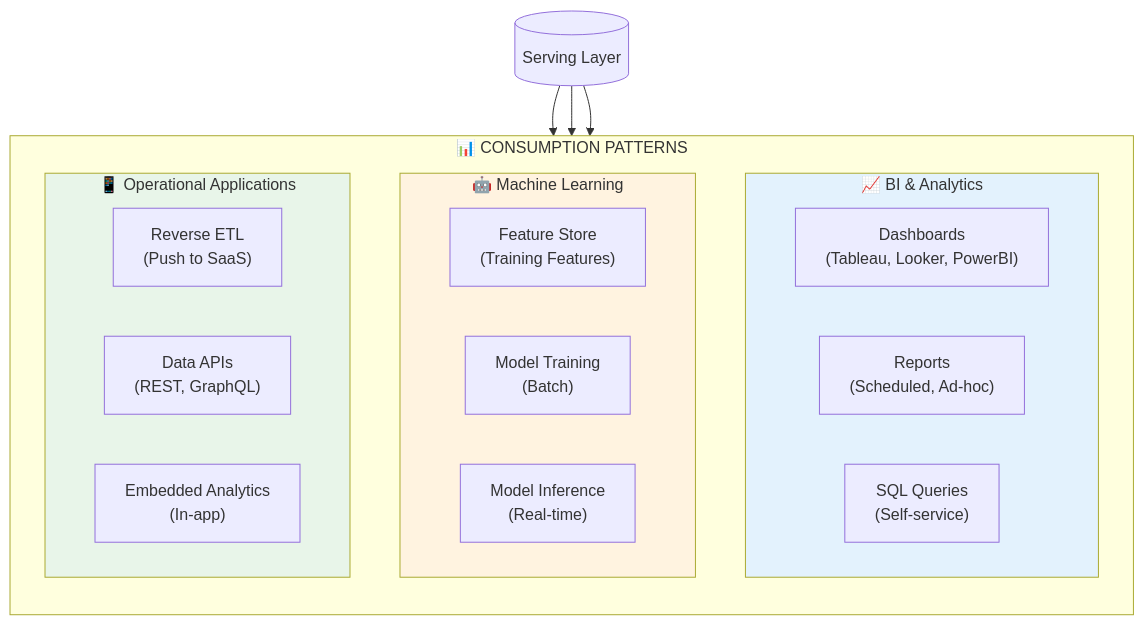
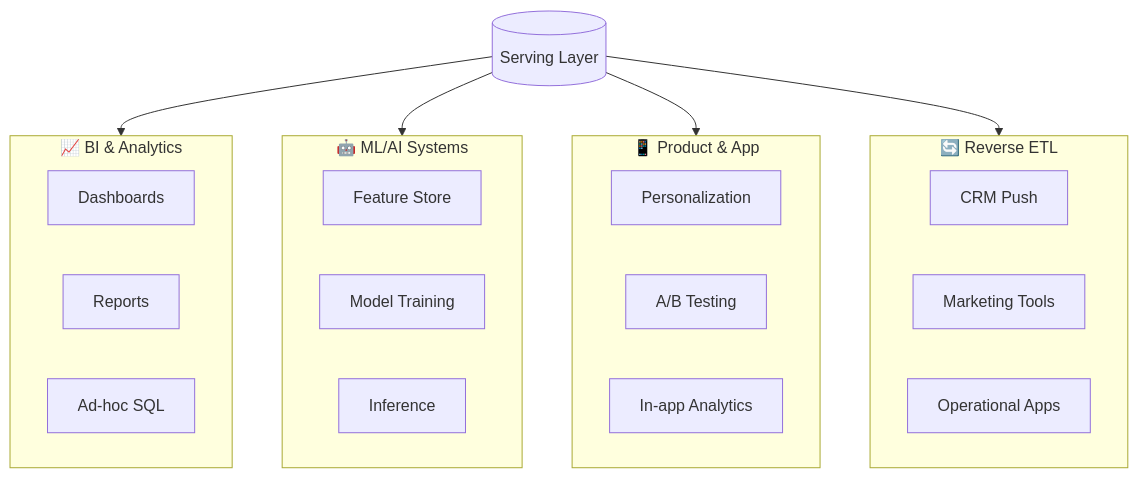
One commit to Anodis108/Data-Engineer changed the fourth of 8 diagrams in homework3/DATA_LIFECYCLE.md. Above: the diagram before and after it, drawn with Mermaid. The commit also changed other lines of this file, not shown here.

````diff
--- a/homework3/DATA_LIFECYCLE.md
+++ b/homework3/DATA_LIFECYCLE.md
@@ -3077,32 +766,30 @@
 ```mermaid
 flowchart TB
     DATA[(Serving Layer)]
     
-    subgraph CONSUME["📊 CONSUMPTION PATTERNS"]
-        direction TB
-        
-        subgraph BI["📈 BI & Analytics"]
-            DASH["Dashboards<br/>(Tableau, Looker, PowerBI)"]
-            REPORT["Reports<br/>(Scheduled, Ad-hoc)"]
-            ADHOC["SQL Queries<br/>(Self-service)"]
-        end
-        
-        subgraph ML["🤖 Machine Learning"]
-            FEATURE["Feature Store<br/>(Training Features)"]
-            TRAIN["Model Training<br/>(Batch)"]
-            INFER["Model Inference<br/>(Real-time)"]
-        end
-        
-        subgraph OPS["📱 Operational Applications"]
-            REVERSE["Reverse ETL<br/>(Push to SaaS)"]
-            API["Data APIs<br/>(REST, GraphQL)"]
-            EMBED["Embedded Analytics<br/>(In-app)"]
-        end
+    subgraph BI["📈 BI & Analytics"]
+        DASH[Dashboards]
+        REPORT[Reports]
+        ADHOC[Ad-hoc SQL]
     end
     
-    DATA --> BI & ML & OPS
+    subgraph ML["🤖 ML/AI Systems"]
+        FEATURE[Feature Store]
+        TRAIN[Model Training]
+        INFER[Inference]
+    end
     
-    style BI fill:#e3f2fd
-    style ML fill:#fff3e0
-    style OPS fill:#e8f5e9
+    subgraph PRODUCT["📱 Product & App"]
+        PERSONALIZE[Personalization]
+        EXPERIMENT[A/B Testing]
+        INAPP[In-app Analytics]
+    end
+    
+    subgraph REVERSE["🔄 Reverse ETL"]
+        CRM[CRM Push]
+        MARKETING[Marketing Tools]
+        OPS_APPS[Operational Apps]
+    end
+    
+    DATA --> BI & ML & PRODUCT & REVERSE
 ```
````
